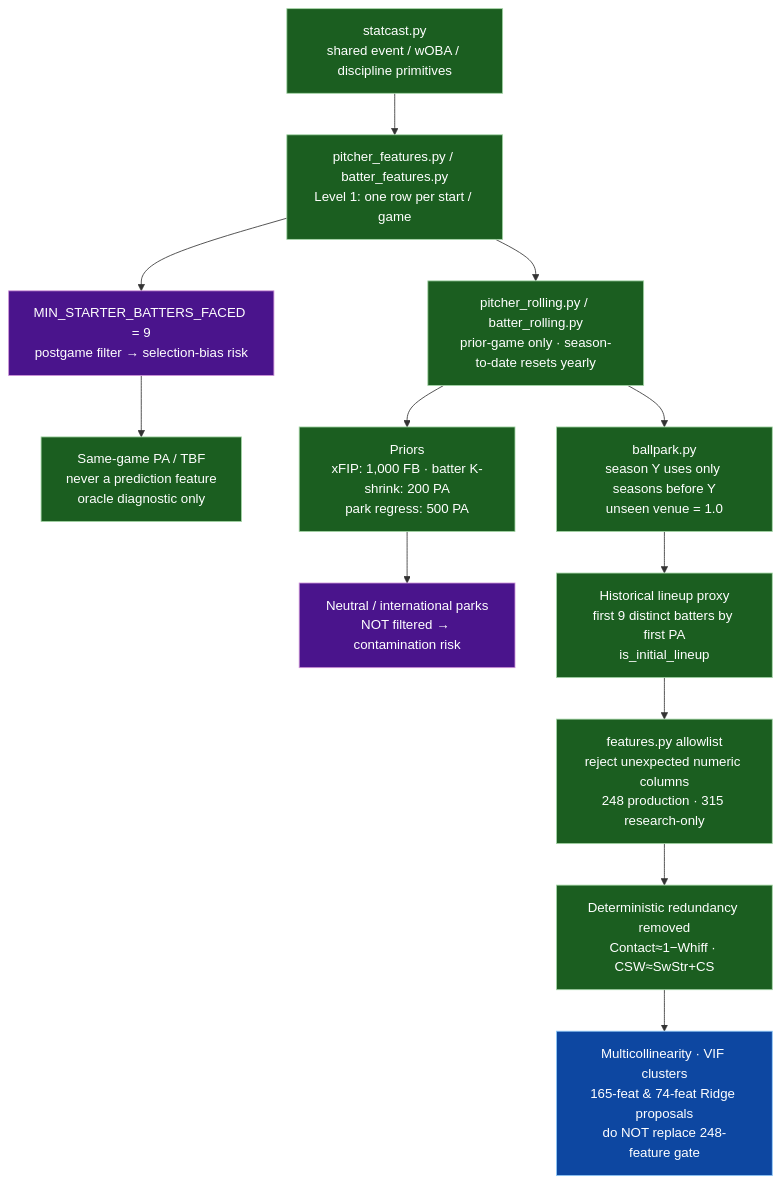
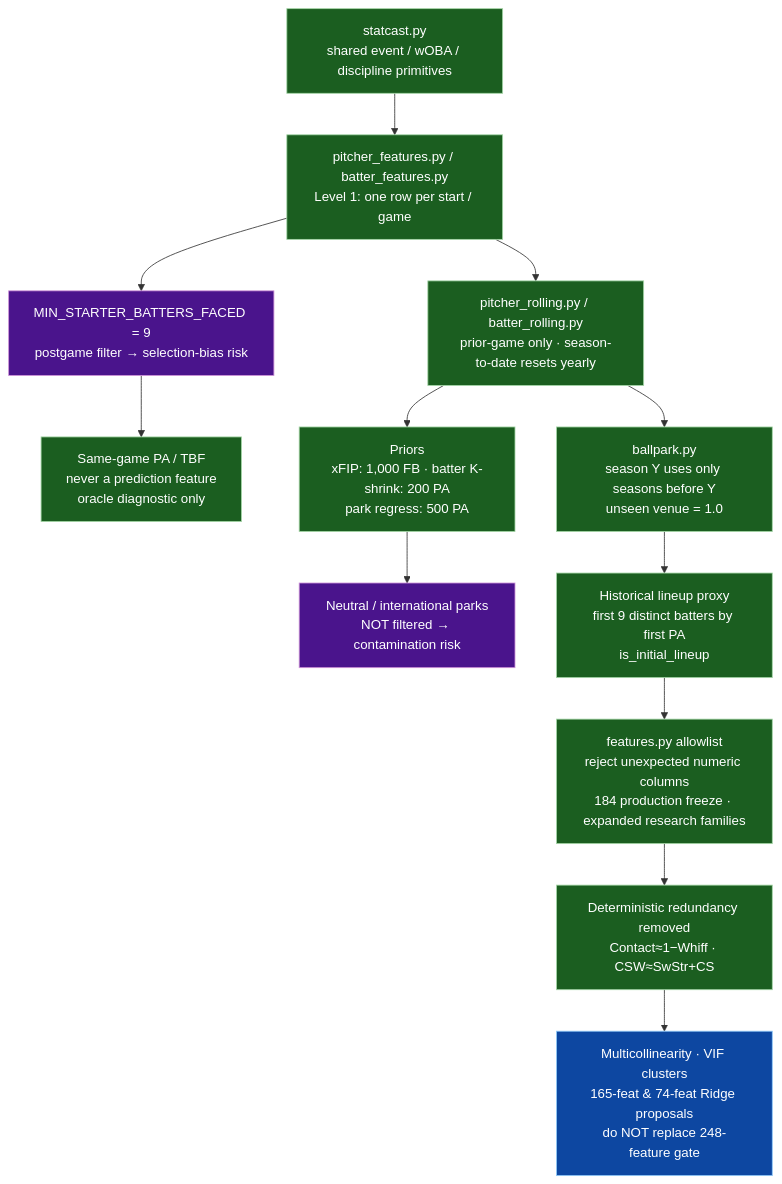
The diagram in docs/diagrams/02-leakage-and-risks.md (Cbkaplinger/MLB-Props), drawn with Mermaid before and after one commit. The commit also changed 29 other files, not shown here.

````diff
--- a/docs/diagrams/02-leakage-and-risks.md
+++ b/docs/diagrams/02-leakage-and-risks.md
@@ -5,33 +5,33 @@
 ```mermaid
 flowchart TB
   classDef built fill:#1b5e20,stroke:#a5d6a7,color:#fff
   classDef partial fill:#e65100,stroke:#ffcc80,color:#fff
   classDef missing fill:#b71c1c,stroke:#ef9a9a,color:#fff
   classDef risk fill:#4a148c,stroke:#ce93d8,color:#fff
   classDef research fill:#0d47a1,stroke:#90caf9,color:#fff
 
   SC["statcast.py<br/>shared event / wOBA / discipline primitives"]:::built
   L1F["pitcher_features.py / batter_features.py<br/>Level 1: one row per start / game"]:::built
 
   FILT["MIN_STARTER_BATTERS_FACED = 9<br/>postgame filter → selection-bias risk"]:::risk
   TBF_RULE["Same-game PA / TBF<br/>never a prediction feature<br/>oracle diagnostic only"]:::built
 
   ROLL["pitcher_rolling.py / batter_rolling.py<br/>prior-game only · season-to-date resets yearly"]:::built
   PRIORS["Priors<br/>xFIP: 1,000 FB · batter K-shrink: 200 PA<br/>park regress: 500 PA"]:::built
   PARK_RISK["Neutral / international parks<br/>NOT filtered → contamination risk"]:::risk
 
   BP["ballpark.py<br/>season Y uses only seasons before Y<br/>unseen venue = 1.0"]:::built
   LINEUP["Historical lineup proxy<br/>first 9 distinct batters by first PA<br/>is_initial_lineup"]:::built
-  GATE["features.py allowlist<br/>reject unexpected numeric columns<br/>248 production · 315 research-only"]:::built
+  GATE["features.py allowlist<br/>reject unexpected numeric columns<br/>184 production freeze · expanded research families"]:::built
   DET["Deterministic redundancy removed<br/>Contact≈1−Whiff · CSW≈SwStr+CS"]:::built
   VIF["Multicollinearity · VIF clusters<br/>165-feat & 74-feat Ridge proposals<br/>do NOT replace 248-feature gate"]:::research
 
   SC --> L1F
   L1F --> FILT
   L1F --> ROLL
   FILT --> TBF_RULE
   ROLL --> PRIORS
   ROLL --> BP
   PRIORS --> PARK_RISK
   BP --> LINEUP --> GATE --> DET --> VIF
 ```
````
